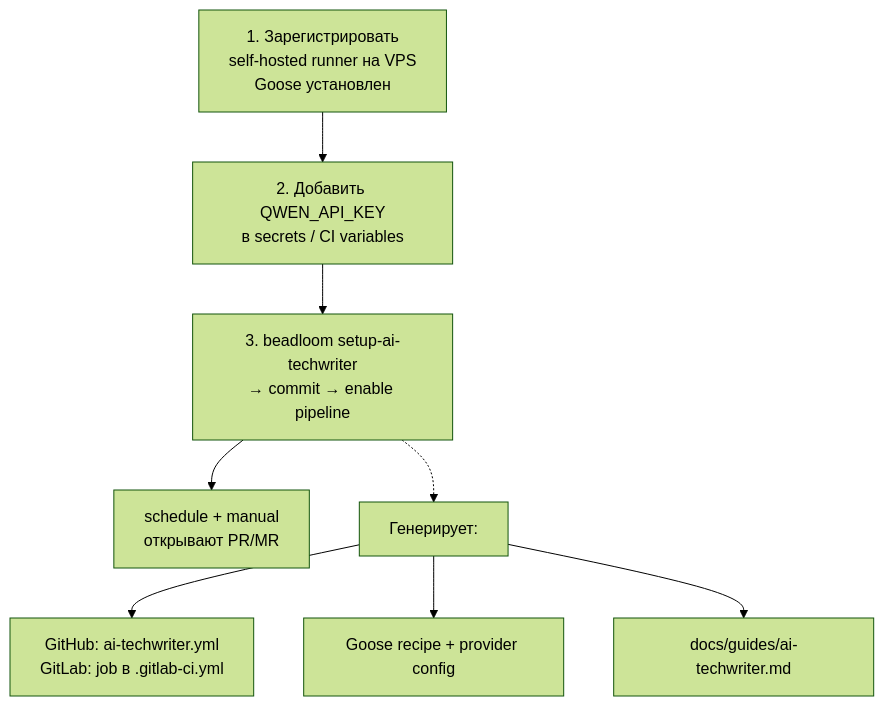
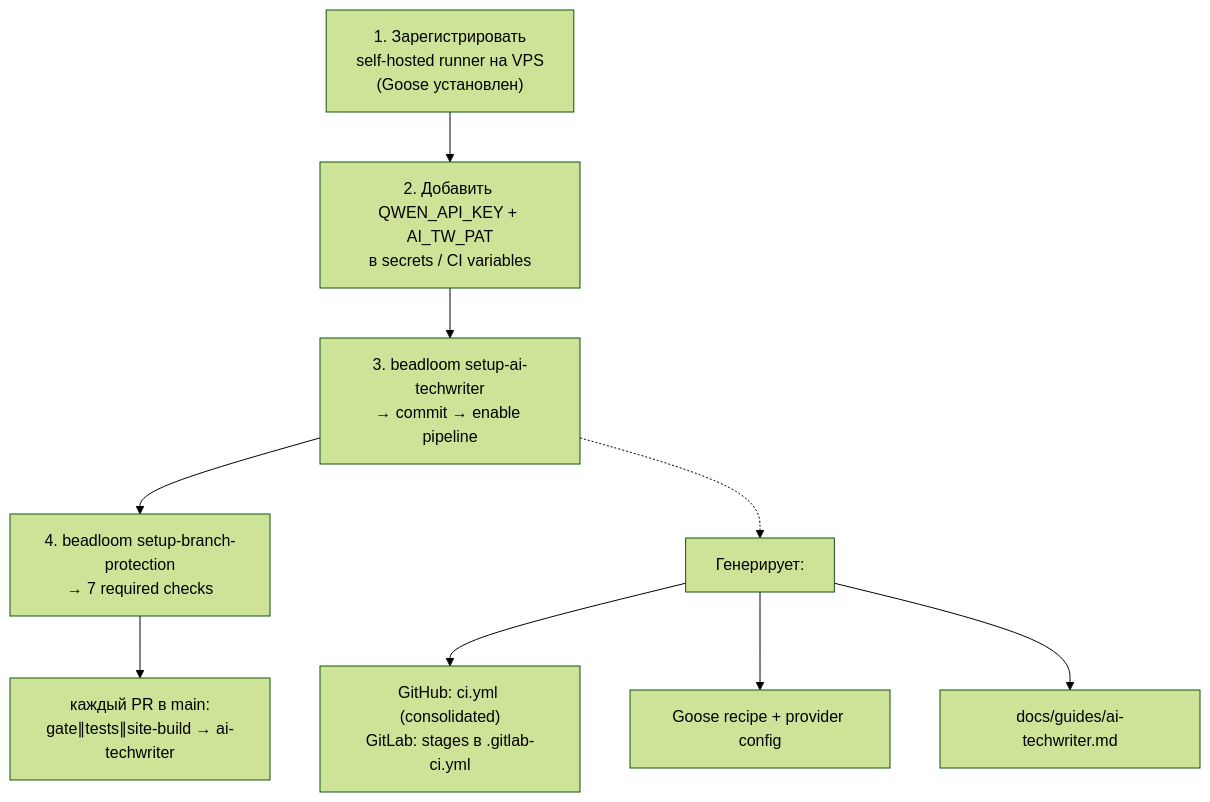
One commit to zoologov/beadloom changed diagram 11 of 11 in .claude/development/docs/BDL-AI-AGENTS-ARCHITECTURE.md. Above: the diagram before and after it, drawn with Mermaid (forest theme). The commit also changed other lines of this file and 50 other files, not shown here.

First line of the commit message:
[BDL-050] CI consolidation — one ci.yml (gate∥tests∥site-build → ai-techwriter needs) + AI-TW infra/flagged verdict (#6)

````diff
--- a/.claude/development/docs/BDL-AI-AGENTS-ARCHITECTURE.md
+++ b/.claude/development/docs/BDL-AI-AGENTS-ARCHITECTURE.md
@@ -464,13 +518,14 @@
 ```mermaid
 flowchart TD
-  S1["1. Зарегистрировать<br/>self-hosted runner на VPS<br/>Goose установлен"]
-  S2["2. Добавить QWEN_API_KEY<br/>в secrets / CI variables"]
+  S1["1. Зарегистрировать<br/>self-hosted runner на VPS<br/>(Goose установлен)"]
+  S2["2. Добавить QWEN_API_KEY + AI_TW_PAT<br/>в secrets / CI variables"]
   S3["3. beadloom setup-ai-techwriter<br/>→ commit → enable pipeline"]
+  S4["4. beadloom setup-branch-protection<br/>→ 7 required checks"]
 
-  S1 --> S2 --> S3 --> DONE["schedule + manual<br/>открывают PR/MR"]
+  S1 --> S2 --> S3 --> S4 --> DONE["каждый PR в main:<br/>gate∥tests∥site-build → ai-techwriter"]
 
   S3 -.-> GEN["Генерирует:"]
-  GEN --> G1["GitHub: ai-techwriter.yml<br/>GitLab: job в .gitlab-ci.yml"]
+  GEN --> G1["GitHub: ci.yml (consolidated)<br/>GitLab: stages в .gitlab-ci.yml"]
   GEN --> G2["Goose recipe + provider config"]
   GEN --> G3["docs/guides/ai-techwriter.md"]
 ```
````
